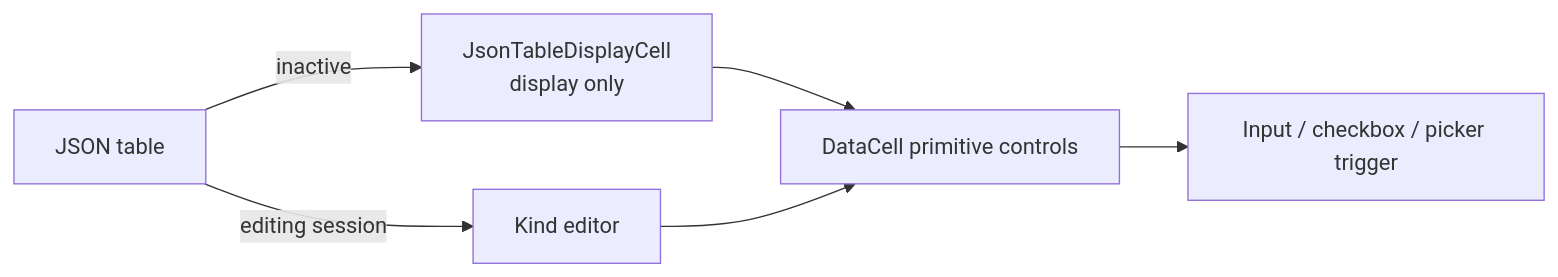
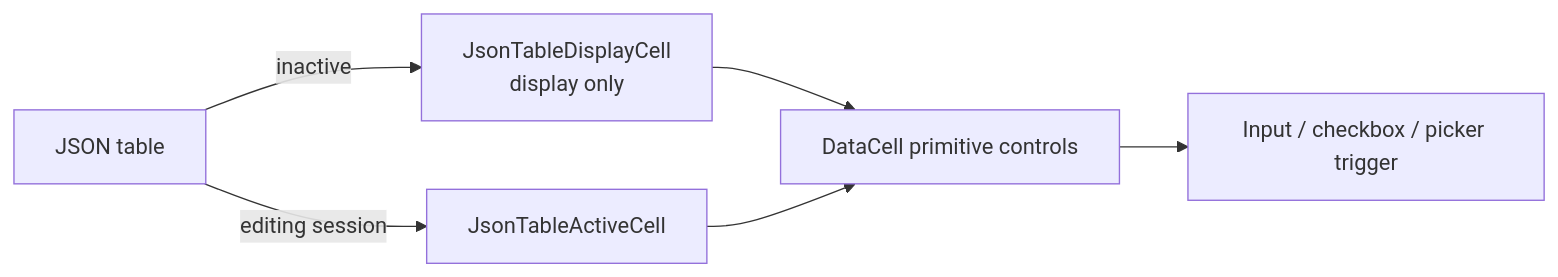
One commit to retab-dev/retab-ui changed the third of 4 diagrams in components/json-table/ARCHITECTURE_DIAGRAM.md. Above: the diagram before and after it, drawn with Mermaid. The commit also changed other lines of this file and 152 other files, not shown here.

````diff
--- a/components/json-table/ARCHITECTURE_DIAGRAM.md
+++ b/components/json-table/ARCHITECTURE_DIAGRAM.md
@@ -118,13 +109,13 @@
 ```mermaid
 flowchart LR
   Table["JSON table"]
   Display["JsonTableDisplayCell<br/>display only"]
-  Editor["Kind editor"]
+  Active["JsonTableActiveCell"]
   DataCell["DataCell primitive controls"]
   Native["Input / checkbox / picker trigger"]
 
   Table -->|inactive| Display
-  Table -->|editing session| Editor
+  Table -->|editing session| Active
   Display --> DataCell
-  Editor --> DataCell --> Native
+  Active --> DataCell --> Native
 ```
````
